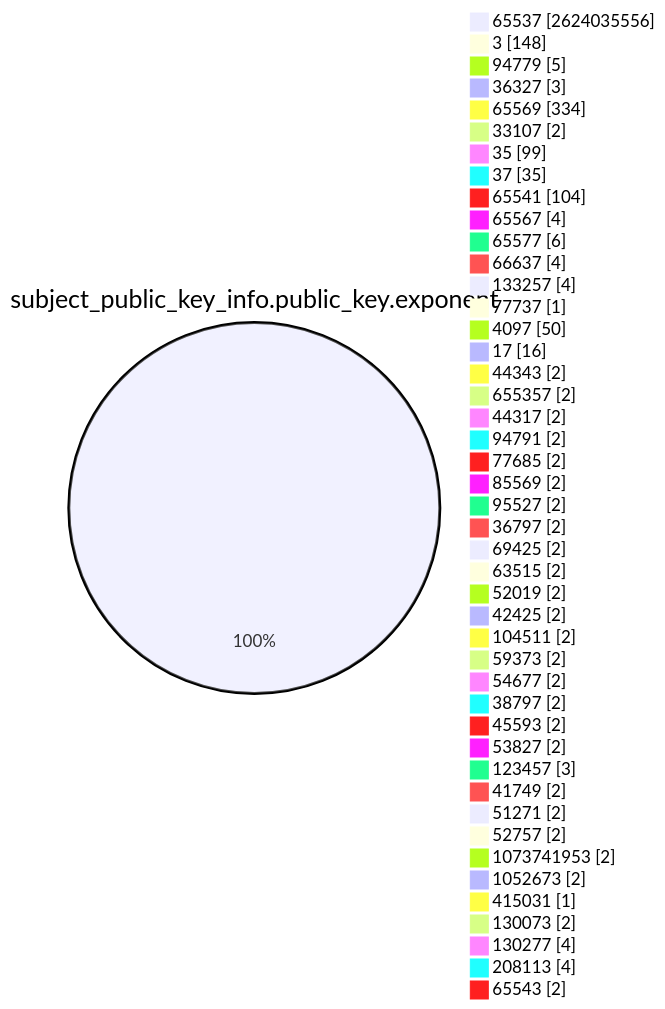
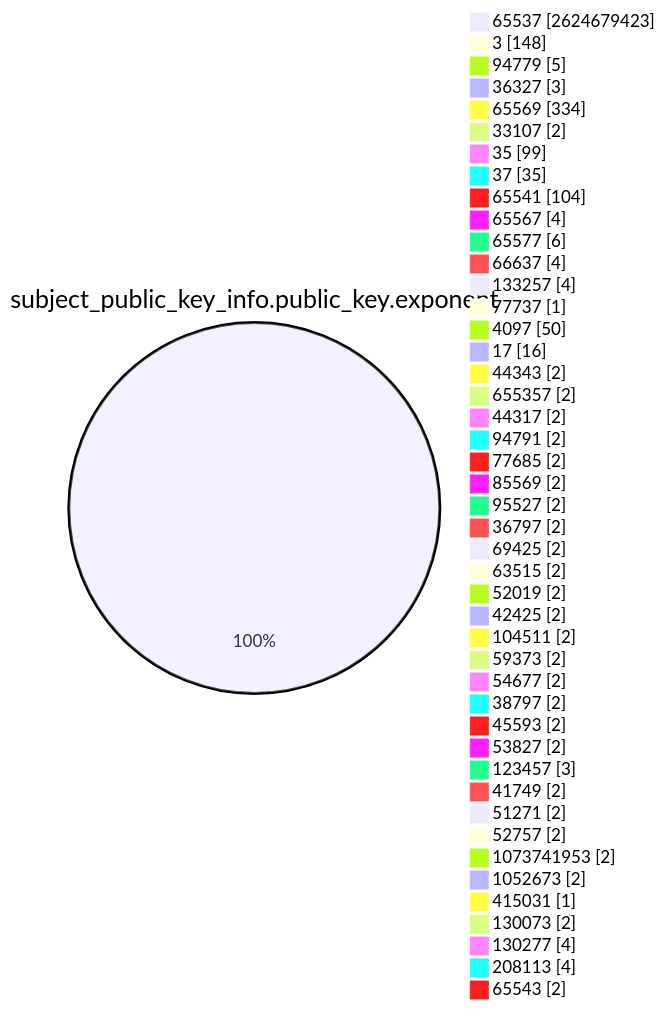
Before and after one commit to christiankrug/ctmonitor_visualization: the fourth of 15 diagrams in TOTAL/README.md, drawn with Mermaid. The commit also changed other lines of this file, not shown here.

````diff
--- a/TOTAL/README.md
+++ b/TOTAL/README.md
@@ -1466,49 +1466,49 @@
 ```mermaid
 pie showData
 title subject_public_key_info.public_key.exponent
-"65537" :2624035556
+"65537" :2624679423
 "3" :148
 "94779" :5
 "36327" :3
 "65569" :334
 "33107" :2
 "35" :99
 "37" :35
 "65541" :104
 "65567" :4
 "65577" :6
 "66637" :4
 "133257" :4
 "77737" :1
 "4097" :50
 "17" :16
 "44343" :2
 "655357" :2
 "44317" :2
 "94791" :2
 "77685" :2
 "85569" :2
 "95527" :2
 "36797" :2
 "69425" :2
 "63515" :2
 "52019" :2
 "42425" :2
 "104511" :2
 "59373" :2
 "54677" :2
 "38797" :2
 "45593" :2
 "53827" :2
 "123457" :3
 "41749" :2
 "51271" :2
 "52757" :2
 "1073741953" :2
 "1052673" :2
 "415031" :1
 "130073" :2
 "130277" :4
 "208113" :4
 "65543" :2
 ```
````
